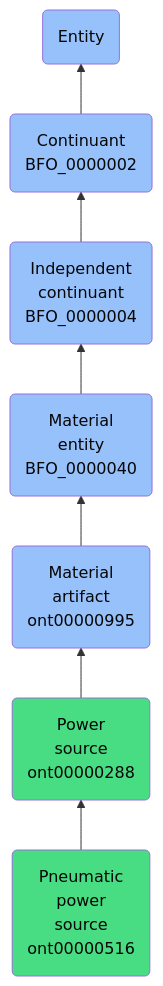
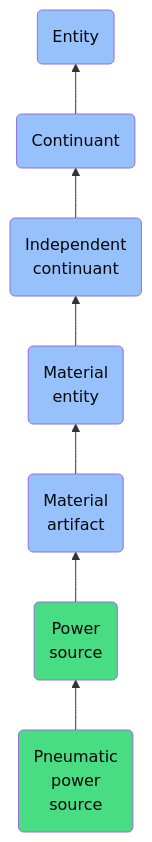
The diagram in docs/ontology/reference/model/Entity/Continuant/Independent continuant/Material entity/Material artifact/Power source/Pneumatic power source/Pneumatic power source.md (jupyter-naas/abi), drawn with Mermaid before and after one commit. The commit also changed other lines of this file and 1430 other files, not shown here.

````diff
--- a/docs/ontology/reference/model/Entity/Continuant/Independent continuant/Material entity/Material artifact/Power source/Pneumatic power source/Pneumatic power source.md
+++ b/docs/ontology/reference/model/Entity/Continuant/Independent continuant/Material entity/Material artifact/Power source/Pneumatic power source/Pneumatic power source.md
@@ -24,14 +24,14 @@
 ```mermaid
 graph BT
-    ont00000516(Pneumatic<br>power<br>source<br>ont00000516):::ABI-->ont00000288
-    ont00000288(Power<br>source<br>ont00000288):::ABI-->ont00000995
-    ont00000995(Material<br>artifact<br>ont00000995):::BFO-->BFO_0000040
-    BFO_0000040(Material<br>entity<br>BFO_0000040):::BFO-->BFO_0000004
-    BFO_0000004(Independent<br>continuant<br>BFO_0000004):::BFO-->BFO_0000002
-    BFO_0000002(Continuant<br>BFO_0000002):::BFO-->BFO_0000001
+    ont00000516(Pneumatic<br>power<br>source):::ABI-->ont00000288
+    ont00000288(Power<br>source):::ABI-->ont00000995
+    ont00000995(Material<br>artifact):::BFO-->BFO_0000040
+    BFO_0000040(Material<br>entity):::BFO-->BFO_0000004
+    BFO_0000004(Independent<br>continuant):::BFO-->BFO_0000002
+    BFO_0000002(Continuant):::BFO-->BFO_0000001
     BFO_0000001(Entity):::BFO
     
     classDef BFO fill:#97c1fb,color:#060606
     classDef CCO fill:#e4c51e,color:#060606
     classDef ABI fill:#48DD82,color:#060606
 ```
````
